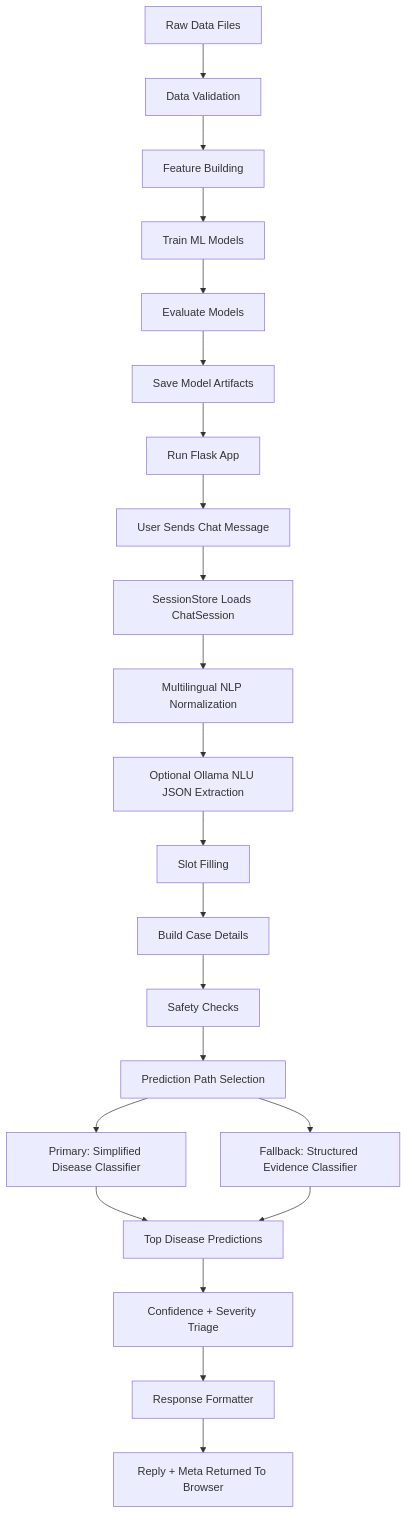
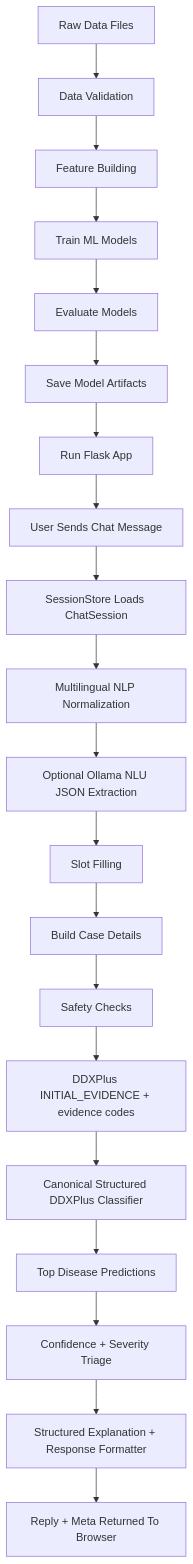
Before and after one commit to harshitjoshicmfeb26-pixel/healthbot-ai: the first of 3 diagrams in docs/DATA_TO_TRAINING_TO_PREDICTION_FLOW.md, drawn with Mermaid. The commit also changed other lines of this file and 6 other files, not shown here.

Commit message:
Align documentation with final verified architecture

````diff
--- a/docs/DATA_TO_TRAINING_TO_PREDICTION_FLOW.md
+++ b/docs/DATA_TO_TRAINING_TO_PREDICTION_FLOW.md
@@ -18,24 +20,22 @@
 ```mermaid
 flowchart TD
     A["Raw Data Files"] --> B["Data Validation"]
     B --> C["Feature Building"]
     C --> D["Train ML Models"]
     D --> E["Evaluate Models"]
     E --> F["Save Model Artifacts"]
     F --> G["Run Flask App"]
     G --> H["User Sends Chat Message"]
     H --> I["SessionStore Loads ChatSession"]
     I --> J["Multilingual NLP Normalization"]
     J --> K["Optional Ollama NLU JSON Extraction"]
     K --> L["Slot Filling"]
     L --> M["Build Case Details"]
     M --> N["Safety Checks"]
-    N --> O["Prediction Path Selection"]
-    O --> P["Primary: Simplified Disease Classifier"]
-    O --> Q["Fallback: Structured Evidence Classifier"]
-    P --> R["Top Disease Predictions"]
-    Q --> R
-    R --> S["Confidence + Severity Triage"]
-    S --> T["Response Formatter"]
-    T --> U["Reply + Meta Returned To Browser"]
+    N --> O["DDXPlus INITIAL_EVIDENCE + evidence codes"]
+    O --> P["Canonical Structured DDXPlus Classifier"]
+    P --> Q["Top Disease Predictions"]
+    Q --> R["Confidence + Severity Triage"]
+    R --> S["Structured Explanation + Response Formatter"]
+    S --> T["Reply + Meta Returned To Browser"]
 ```
````
